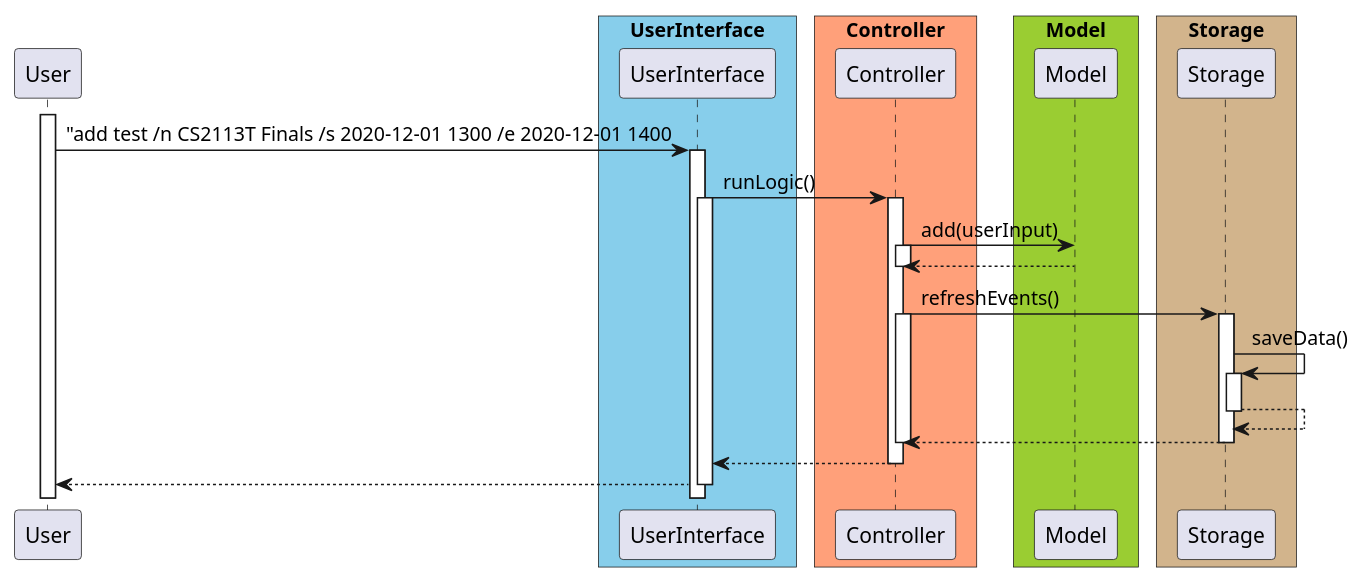
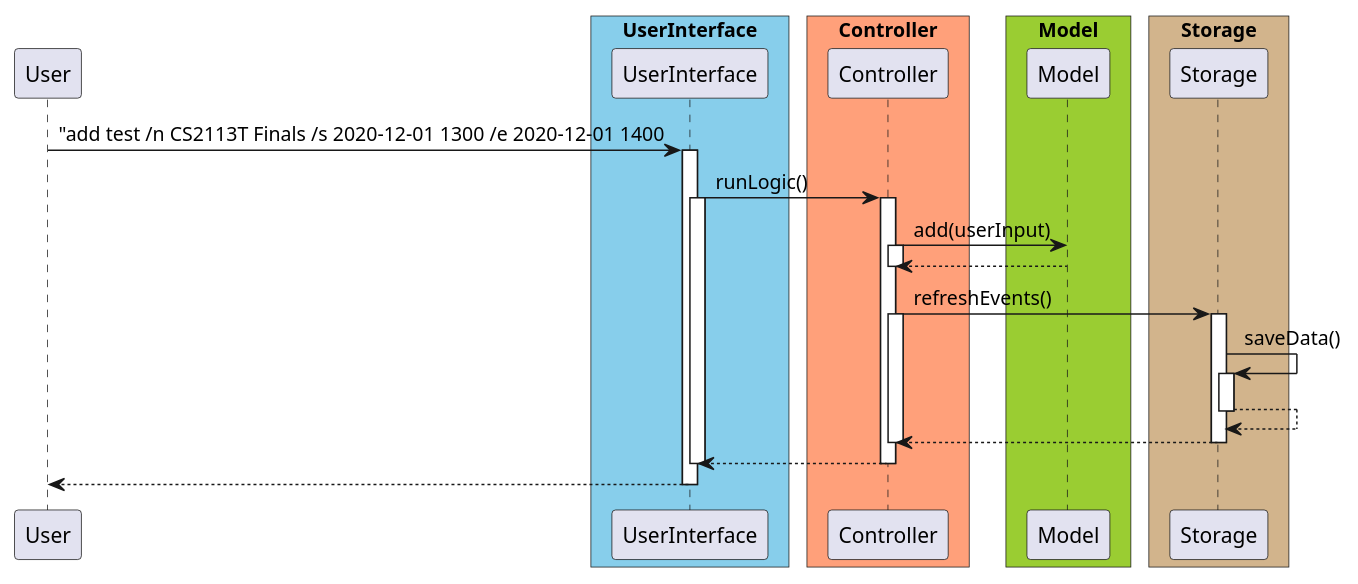
Before and after one commit to untitle4/tp: the diagram in docs/diagram/ExampleSequence.puml, drawn with PlantUML. The commit also changed 5 other files, not shown here.

Commit message:
Revise StorageSequence.puml

```diff
--- a/docs/diagram/ExampleSequence.puml
+++ b/docs/diagram/ExampleSequence.puml
@@ -1,48 +1,50 @@
 @startuml
 
 skinparam ParticipantPadding 10
 skinparam BoxPadding 5
 
 participant User
 
 box "UserInterface" #skyblue
 participant UserInterface
 end box
 
 box "Controller" #LightSalmon
 participant Controller
 end box
 
 box "Model" #YellowGreen
 participant Model
 end box
 
 box "Storage" #Tan
 participant Storage
 end box
 
-activate User
+
 User -> UserInterface: "add test /n CS2113T Finals /s 2020-12-01 1300 /e 2020-12-01 1400
 activate UserInterface
 UserInterface -> Controller: runLogic()
 activate UserInterface
 activate Controller
 Controller -> Model: add(userInput)
 activate Controller
 Model --> Controller
 deactivate Controller
 Controller -> Storage: refreshEvents()
 activate Controller
 activate Storage
 Storage -> Storage: saveData()
 activate Storage
 Storage --> Storage
 deactivate Storage
 Storage --> Controller
 deactivate Storage
 deactivate Controller
 Controller --> UserInterface
 deactivate Controller
+deactivate UserInterface
 UserInterface --> User
 deactivate UserInterface
+deactivate User
 @enduml
```
